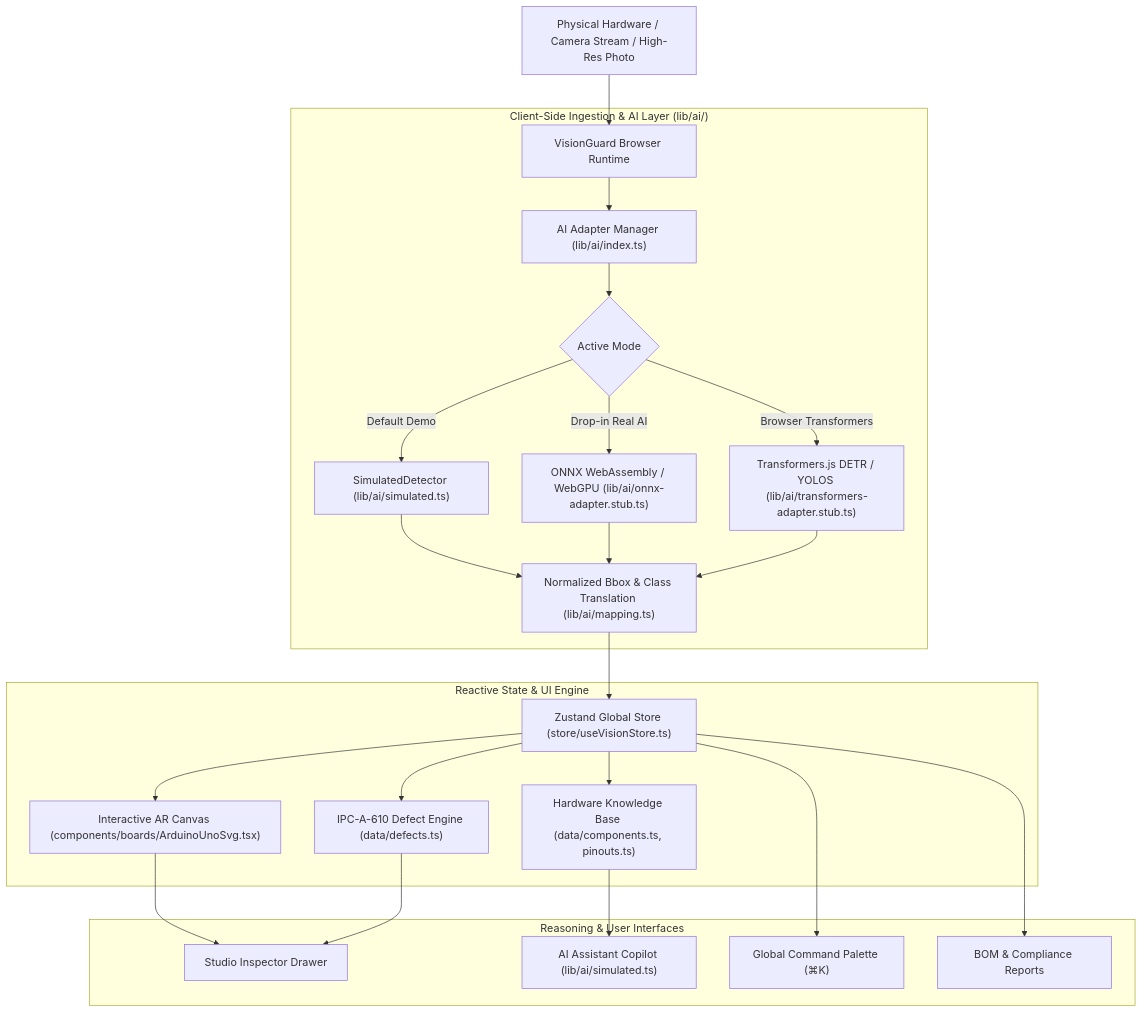
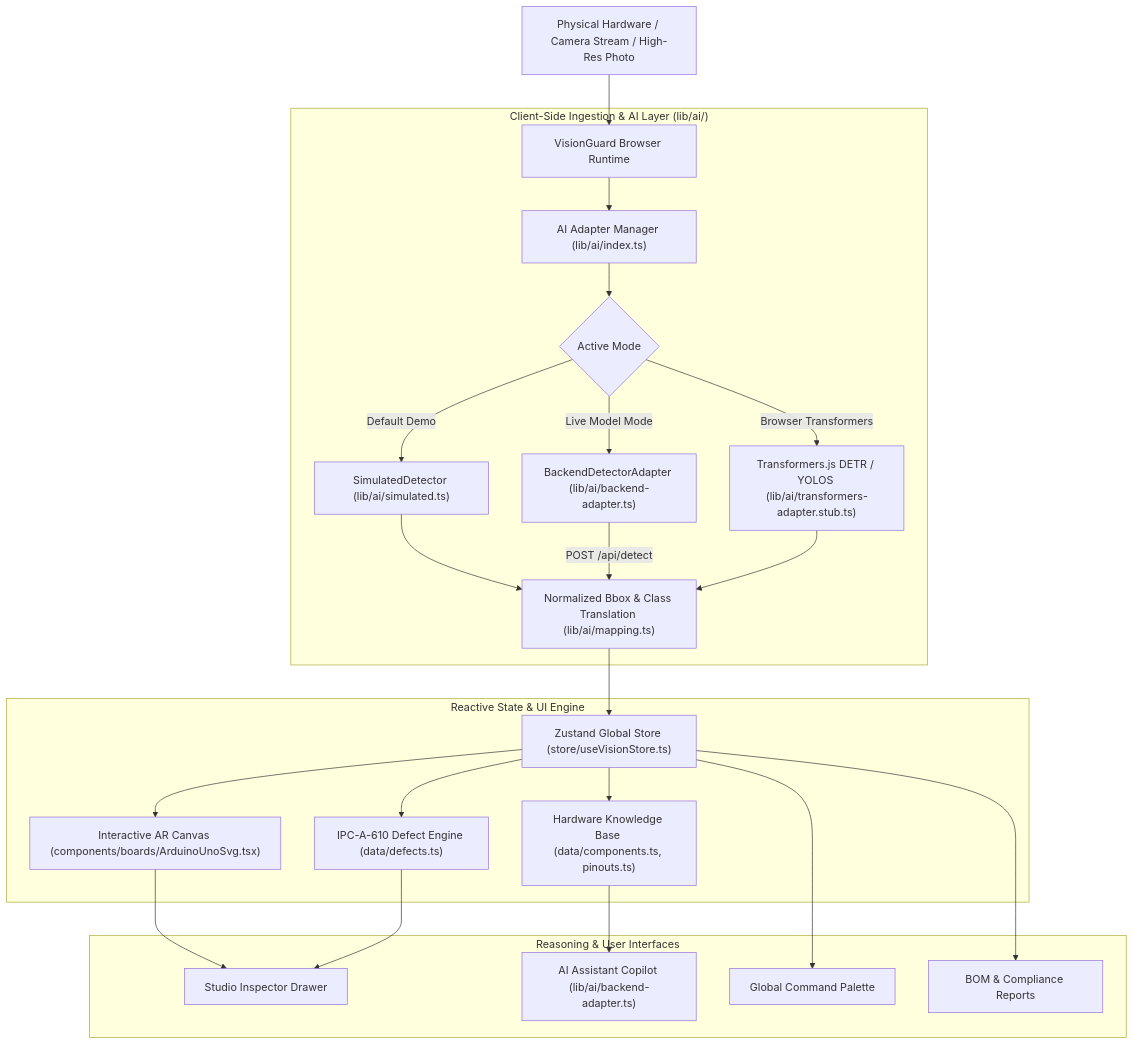
One commit to VarunKumar718/AI-AR-Powered-Hardware-Inspection-and-Diagnostics changed the diagram in README.md. Above: the diagram before and after it, drawn with Mermaid. The commit also changed other lines of this file and 59 other files, not shown here.

Commit message:
feat: connect backend to frontend with live YOLO detection, defect analysis, and AI assistant chat

````diff
--- a/README.md
+++ b/README.md
@@ -47,31 +47,31 @@
 ```mermaid
 graph TD
     A["Physical Hardware / Camera Stream / High-Res Photo"] --> B["VisionGuard Browser Runtime"]
     
     subgraph "Client-Side Ingestion & AI Layer (lib/ai/)"
         B --> C["AI Adapter Manager (lib/ai/index.ts)"]
         C --> D{"Active Mode"}
         D -->|Default Demo| E["SimulatedDetector (lib/ai/simulated.ts)"]
-        D -->|Drop-in Real AI| F["ONNX WebAssembly / WebGPU (lib/ai/onnx-adapter.stub.ts)"]
+        D -->|Live Model Mode| F["BackendDetectorAdapter (lib/ai/backend-adapter.ts)"]
         D -->|Browser Transformers| G["Transformers.js DETR / YOLOS (lib/ai/transformers-adapter.stub.ts)"]
         
         E --> H["Normalized Bbox & Class Translation (lib/ai/mapping.ts)"]
-        F --> H
+        F -->|POST /api/detect| H
         G --> H
     end
 
     subgraph "Reactive State & UI Engine"
         H --> I["Zustand Global Store (store/useVisionStore.ts)"]
         I --> J["Interactive AR Canvas (components/boards/ArduinoUnoSvg.tsx)"]
         I --> K["Hardware Knowledge Base (data/components.ts, pinouts.ts)"]
         I --> L["IPC-A-610 Defect Engine (data/defects.ts)"]
     end
 
     subgraph "Reasoning & User Interfaces"
         J --> M["Studio Inspector Drawer"]
-        K --> N["AI Assistant Copilot (lib/ai/simulated.ts)"]
+        K --> N["AI Assistant Copilot (lib/ai/backend-adapter.ts)"]
         L --> M
-        I --> O["Global Command Palette (⌘K)"]
+        I --> O["Global Command Palette"]
         I --> P["BOM & Compliance Reports"]
     end
 ```
````
